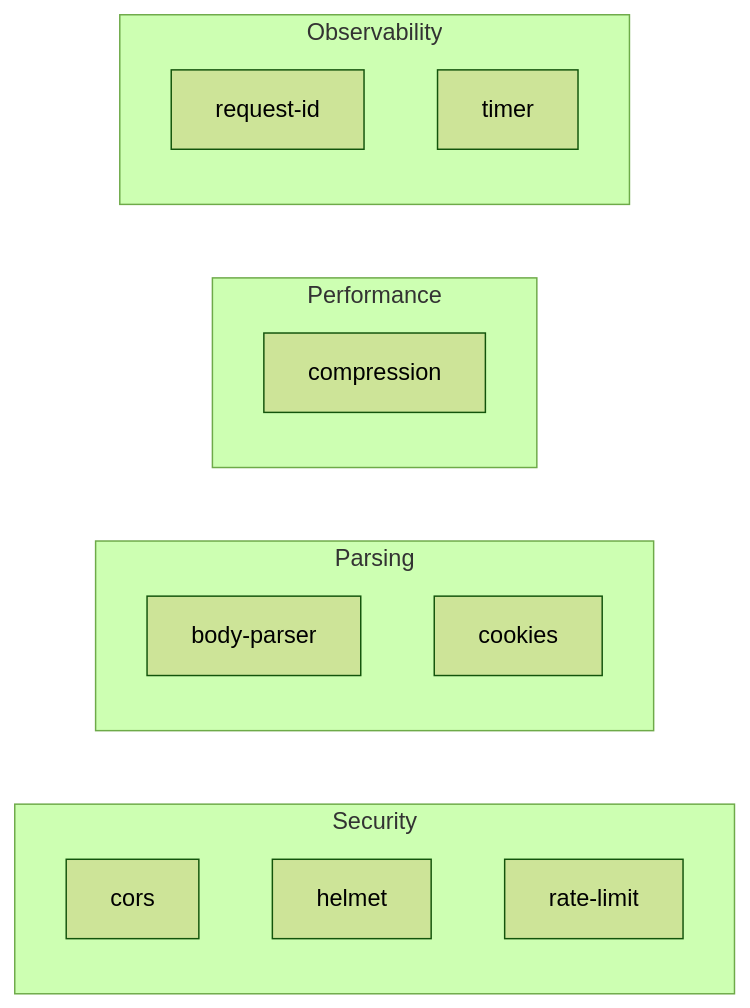
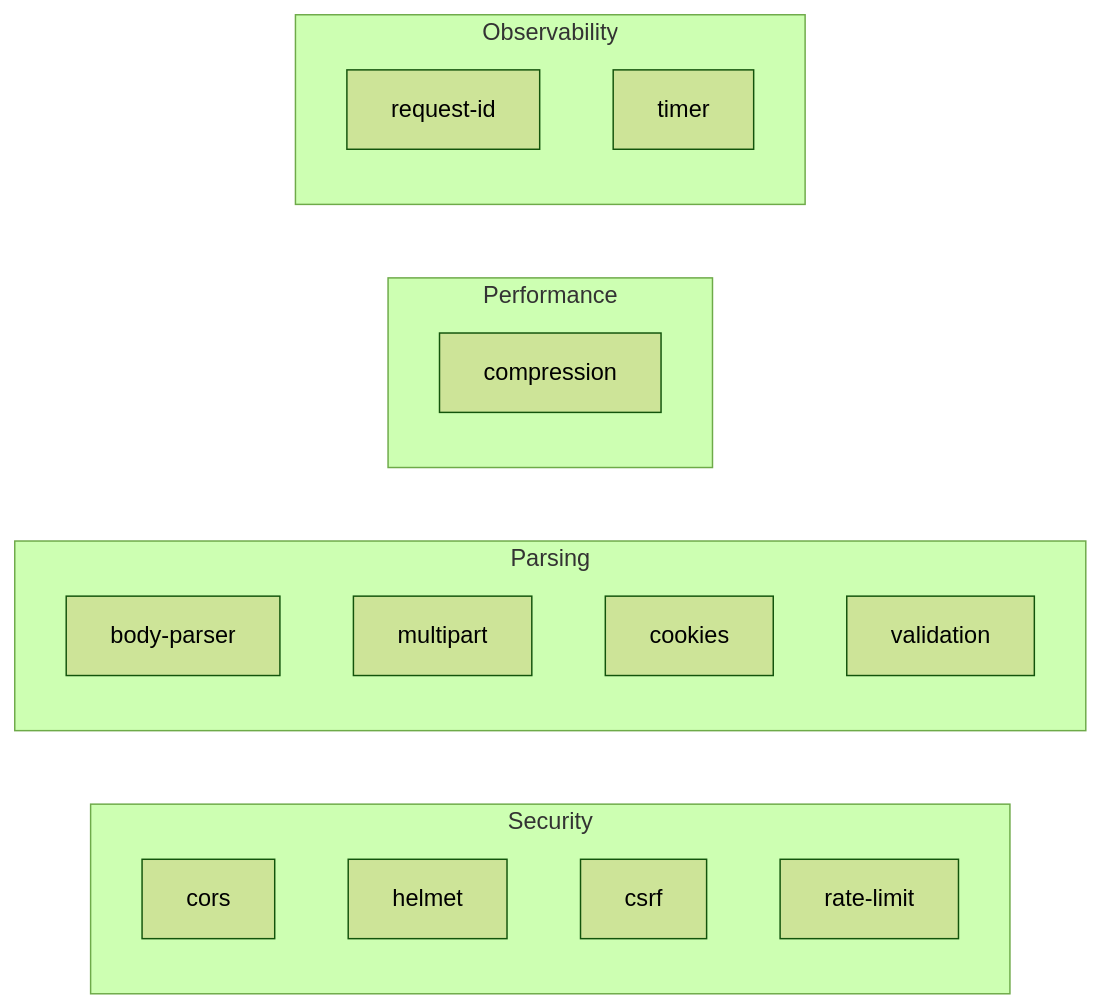
Before and after one commit to 0xTanzim/nextRush: the diagram in apps/docs/content/docs/api-reference/middleware/index.mdx, drawn with Mermaid (forest theme). The commit also changed other lines of this file and 67 other files, not shown here.

````diff
--- a/apps/docs/content/docs/api-reference/middleware/index.mdx
+++ b/apps/docs/content/docs/api-reference/middleware/index.mdx
@@ -12,22 +12,25 @@
 ```mermaid
 graph LR
     subgraph Security
         cors[cors]
         helmet[helmet]
+        csrf[csrf]
         rate[rate-limit]
     end
 
     subgraph Parsing
         body[body-parser]
+        multipart[multipart]
         cookies[cookies]
+        validation[validation]
     end
 
     subgraph Performance
         comp[compression]
     end
 
     subgraph Observability
         reqid[request-id]
         timer[timer]
     end
 ```
````
